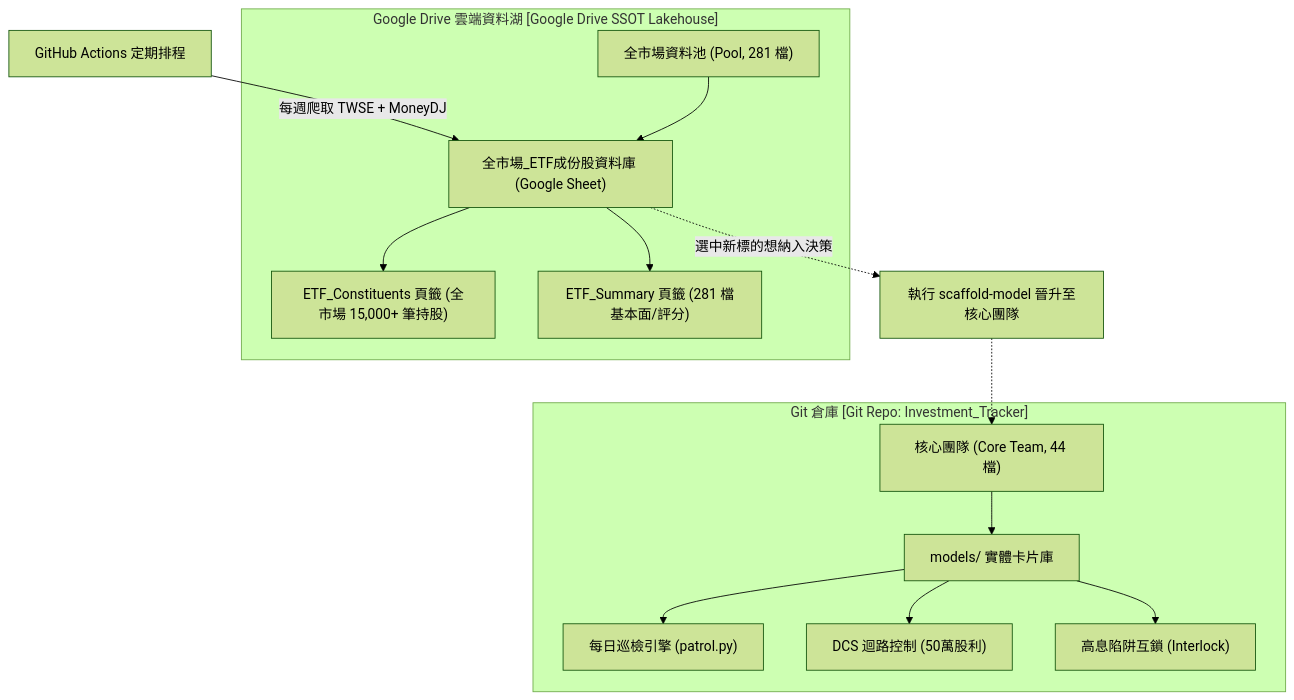
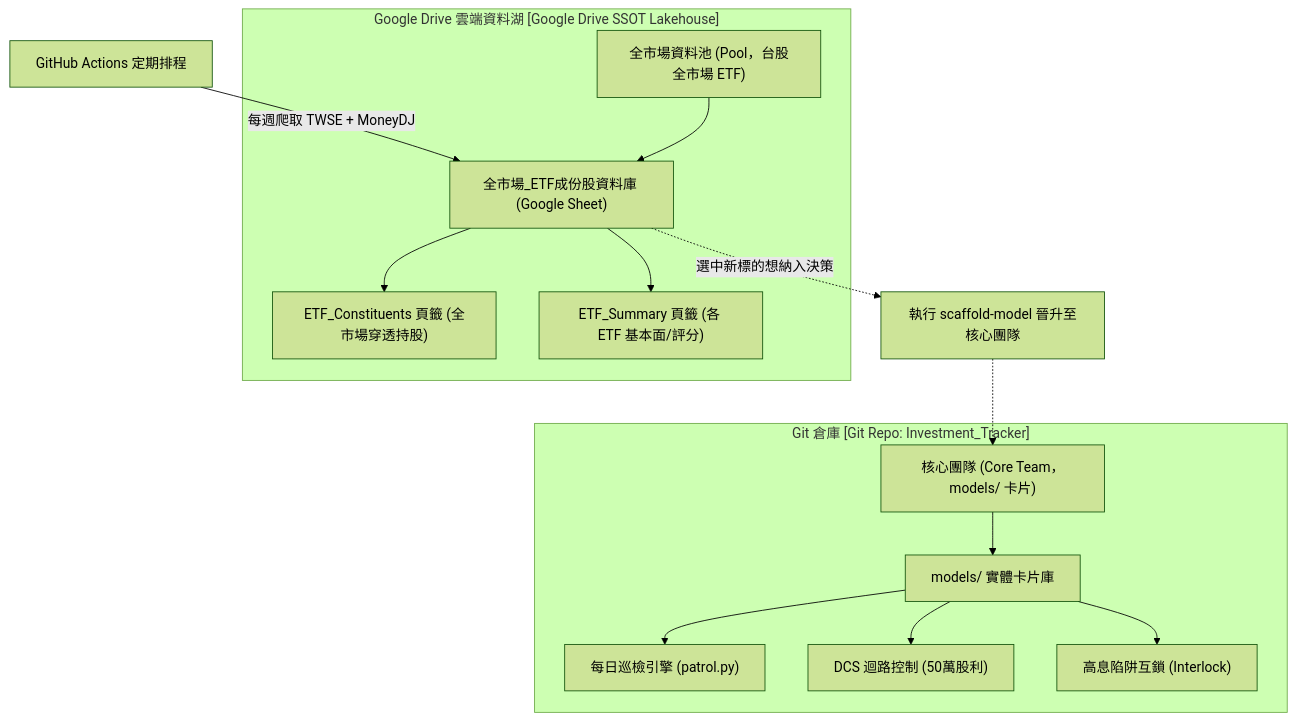
One commit to HachiTsai/Investment_Tracker changed the first of 2 diagrams in .claude/workflows/market-etf-pool.md. Above: the diagram before and after it, drawn with Mermaid (forest theme). The commit also changed other lines of this file and 11 other files, not shown here.

````diff
--- a/.claude/workflows/market-etf-pool.md
+++ b/.claude/workflows/market-etf-pool.md
@@ -11,31 +11,31 @@
 ```mermaid
 flowchart TD
     GHA["GitHub Actions 定期排程"] -->|每週爬取 TWSE + MoneyDJ| Sheet
 
     subgraph GDrive ["Google Drive 雲端資料湖 [Google Drive SSOT Lakehouse]"]
-        Pool["全市場資料池 (Pool, 281 檔)"]
+        Pool["全市場資料池 (Pool，台股全市場 ETF)"]
         Sheet["全市場_ETF成份股資料庫 (Google Sheet)"]
-        Const["ETF_Constituents 頁籤 (全市場 15,000+ 筆持股)"]
-        Summ["ETF_Summary 頁籤 (281 檔基本面/評分)"]
+        Const["ETF_Constituents 頁籤 (全市場穿透持股)"]
+        Summ["ETF_Summary 頁籤 (各 ETF 基本面/評分)"]
 
         Pool --> Sheet
         Sheet --> Const
         Sheet --> Summ
     end
 
     Sheet -.->|選中新標的想納入決策| Promo["執行 scaffold-model 晉升至核心團隊"]
     Promo -.-> Core
 
     subgraph GitRepo ["Git 倉庫 [Git Repo: Investment_Tracker]"]
-        Core["核心團隊 (Core Team, 44 檔)"]
+        Core["核心團隊 (Core Team，models/ 卡片)"]
         Models["models/ 實體卡片庫"]
         Patrol["每日巡檢引擎 (patrol.py)"]
         Loop["DCS 迴路控制 (50萬股利)"]
         Interlock["高息陷阱互鎖 (Interlock)"]
 
         Core --> Models
         Models --> Patrol
         Models --> Loop
         Models --> Interlock
     end
 ```
````
